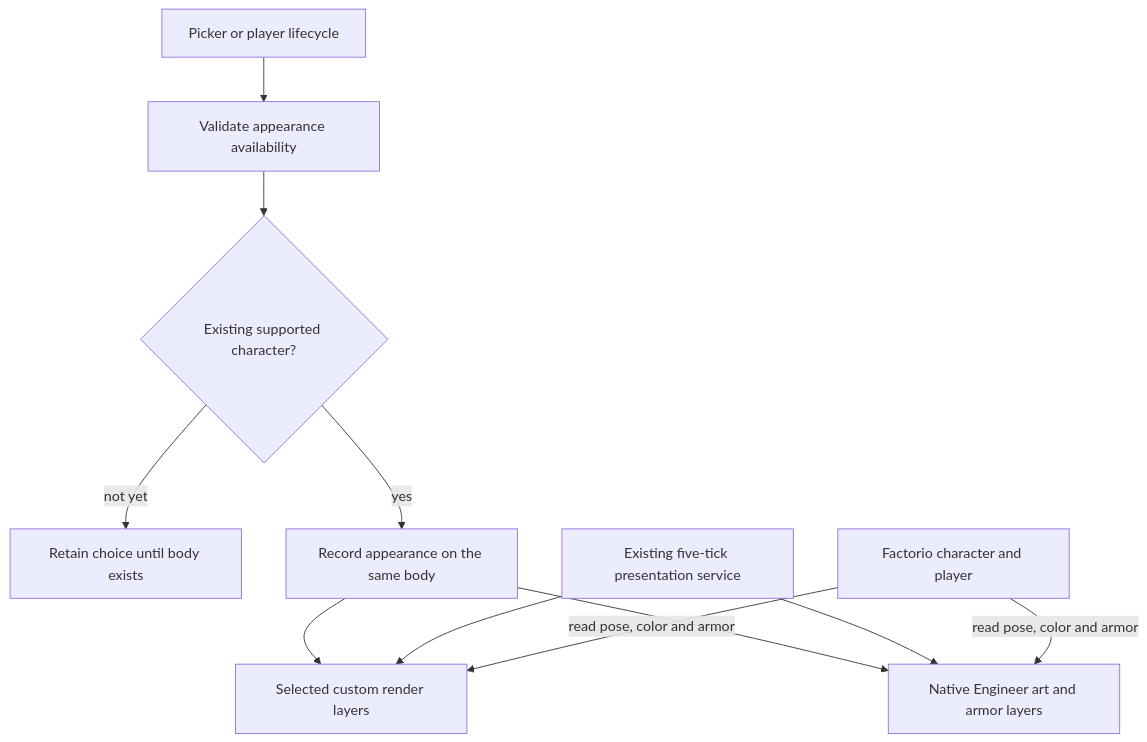
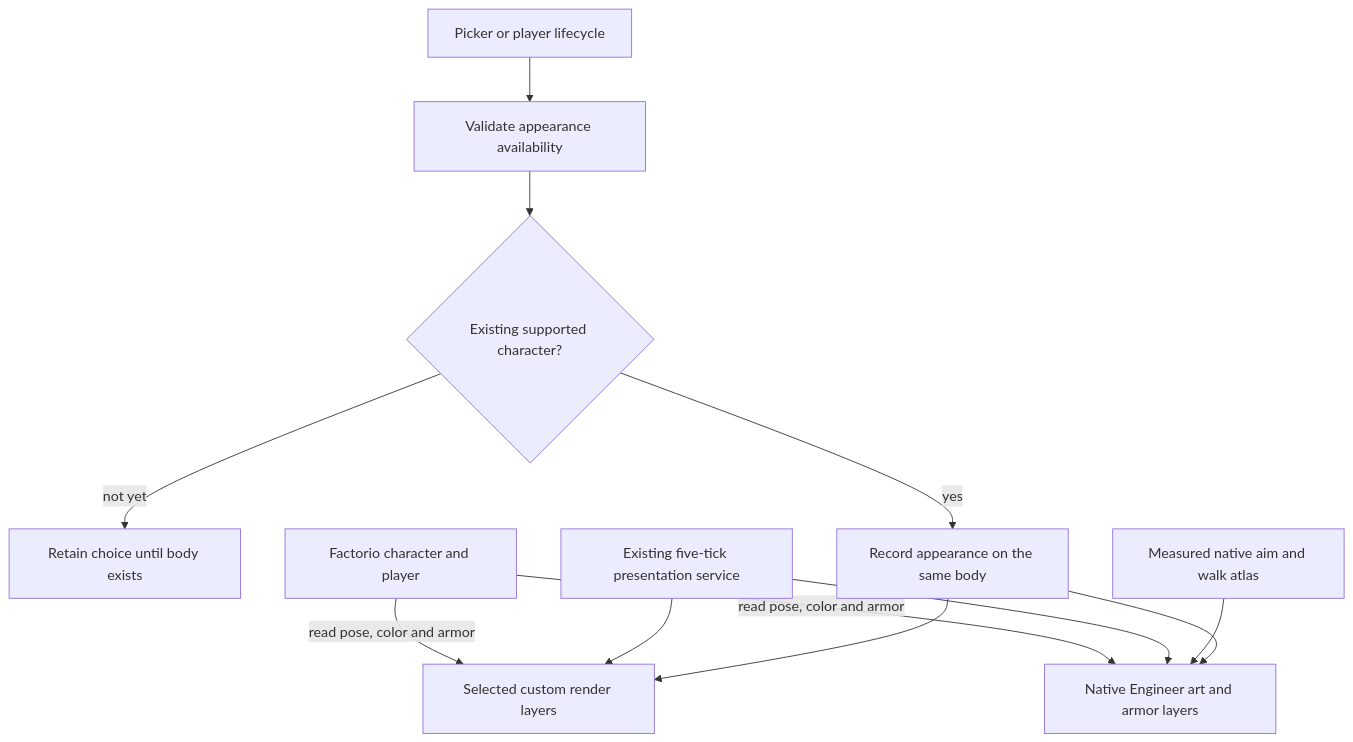
Before and after one commit to mrcalzon02/Tech-Priests: the fifth of 5 diagrams in docs/BEHAVIOR_MERMAID_MAP_0660.md, drawn with Mermaid. The commit also changed other lines of this file and 10 other files, not shown here.

Commit message:
fix: preserve native Engineer poses and validate Mech flight presentation

````diff
--- a/docs/BEHAVIOR_MERMAID_MAP_0660.md
+++ b/docs/BEHAVIOR_MERMAID_MAP_0660.md
@@ -136,13 +136,14 @@
 ```mermaid
 flowchart TD
     Picker["Picker or player lifecycle"] --> Allow["Validate appearance availability"]
     Allow --> Body{"Existing supported character?"}
     Body -->|"not yet"| Pending["Retain choice until body exists"]
     Body -->|"yes"| Selection["Record appearance on the same body"]
     Selection --> Custom["Selected custom render layers"]
     Selection --> Engineer["Native Engineer art and armor layers"]
+    Atlas["Measured native aim and walk atlas"] --> Engineer
     Broker["Existing five-tick presentation service"] --> Custom
     Broker --> Engineer
     Native["Factorio character and player"] -->|"read pose, color and armor"| Custom
     Native -->|"read pose, color and armor"| Engineer
 ```
````
